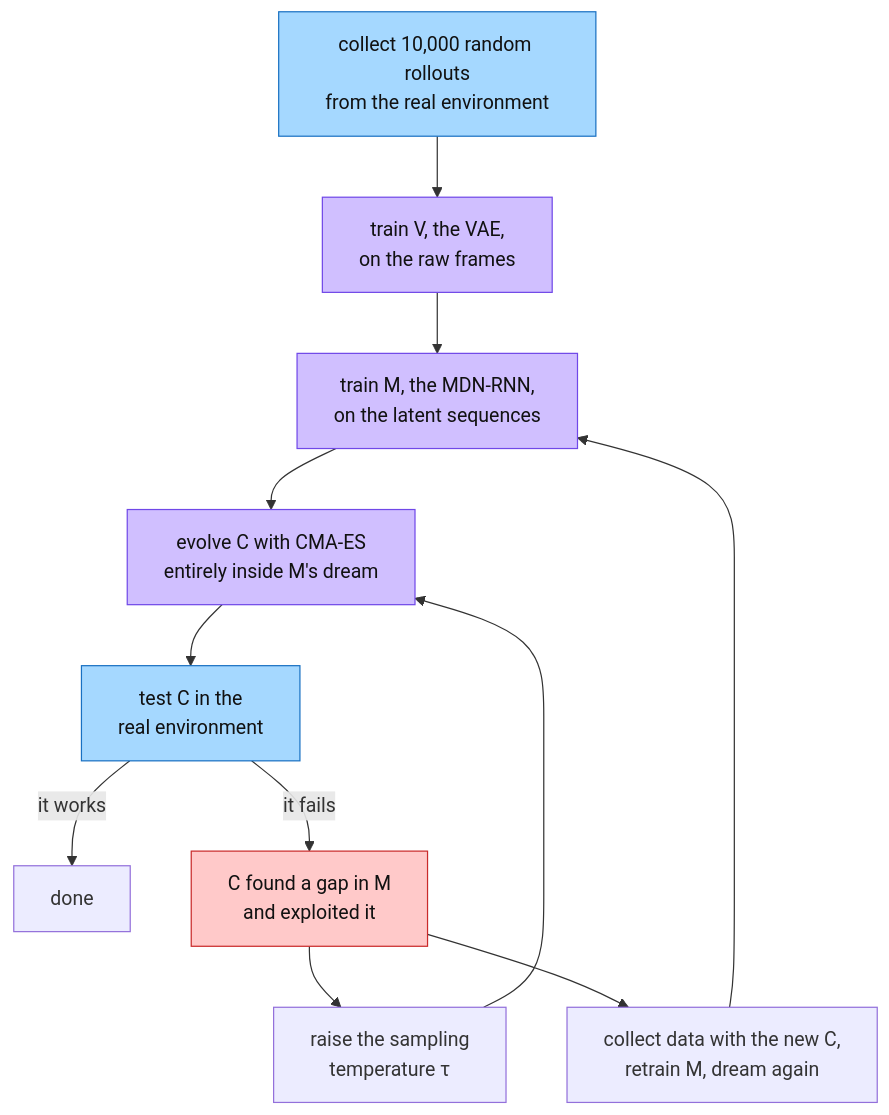
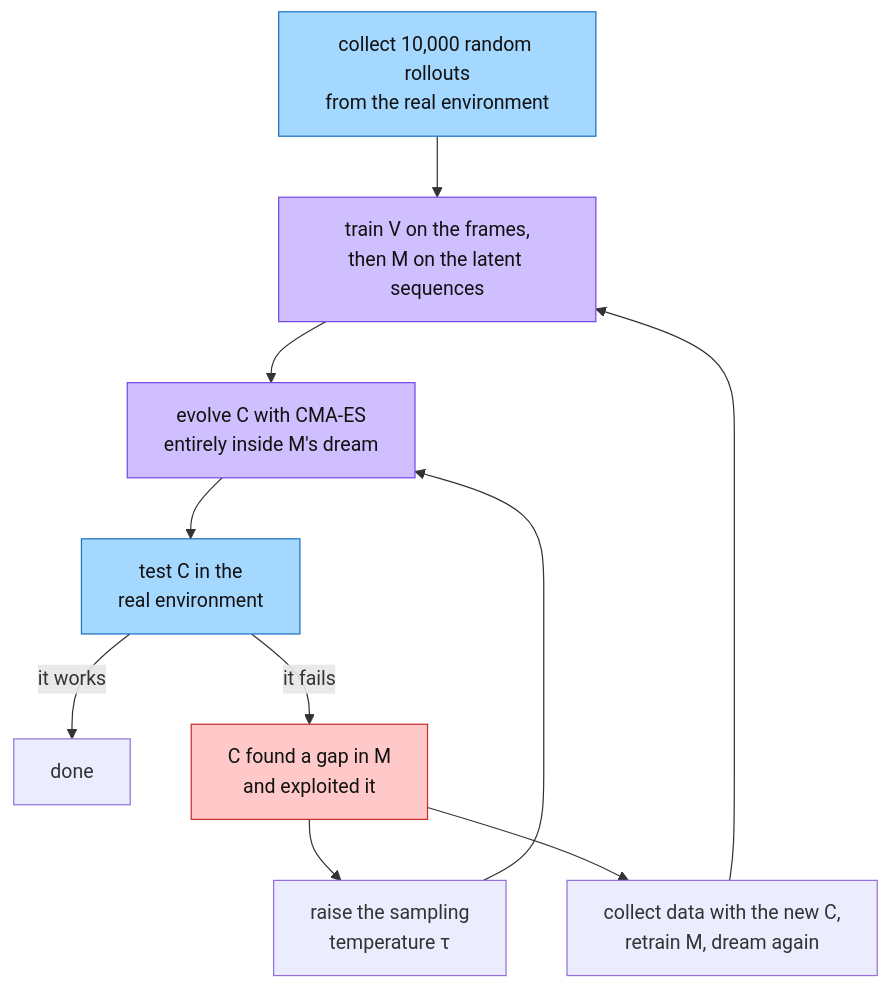
The second of 5 diagrams in data/blog/world-models.mdx (ashimsharma10/ashimsharma10.github.io), drawn with Mermaid before and after one commit. The commit also changed other lines of this file and 5 other files, not shown here.

````diff
--- a/data/blog/world-models.mdx
+++ b/data/blog/world-models.mdx
@@ -57,19 +68,18 @@
 ```mermaid
 flowchart TD
-    R["collect 10,000 random rollouts\nfrom the real environment"] --> V["train V, the VAE,\non the raw frames"]
-    V --> M["train M, the MDN-RNN,\non the latent sequences"]
-    M --> D["evolve C with CMA-ES\nentirely inside M's dream"]
-    D --> T["test C in the\nreal environment"]
+    R["collect 10,000 random rollouts<br/>from the real environment"] --> V["train V on the frames,<br/>then M on the latent sequences"]
+    V --> D["evolve C with CMA-ES<br/>entirely inside M's dream"]
+    D --> T["test C in the<br/>real environment"]
     T -->|"it works"| OK["done"]
-    T -->|"it fails"| X["C found a gap in M\nand exploited it"]
-    X --> F1["raise the sampling\ntemperature τ"]
-    X --> F2["collect data with the new C,\nretrain M, dream again"]
+    T -->|"it fails"| X["C found a gap in M<br/>and exploited it"]
+    X --> F1["raise the sampling<br/>temperature τ"]
+    X --> F2["collect data with the new C,<br/>retrain M, dream again"]
     F1 --> D
-    F2 --> M
+    F2 --> V
     classDef real fill:#a5d8ff,stroke:#1971c2,color:#111
     classDef dream fill:#d0bfff,stroke:#7048e8,color:#111
     classDef bad fill:#ffc9c9,stroke:#c92a2a,color:#111
     class R,T real
-    class V,M,D dream
+    class V,D dream
     class X bad
 ```
````
